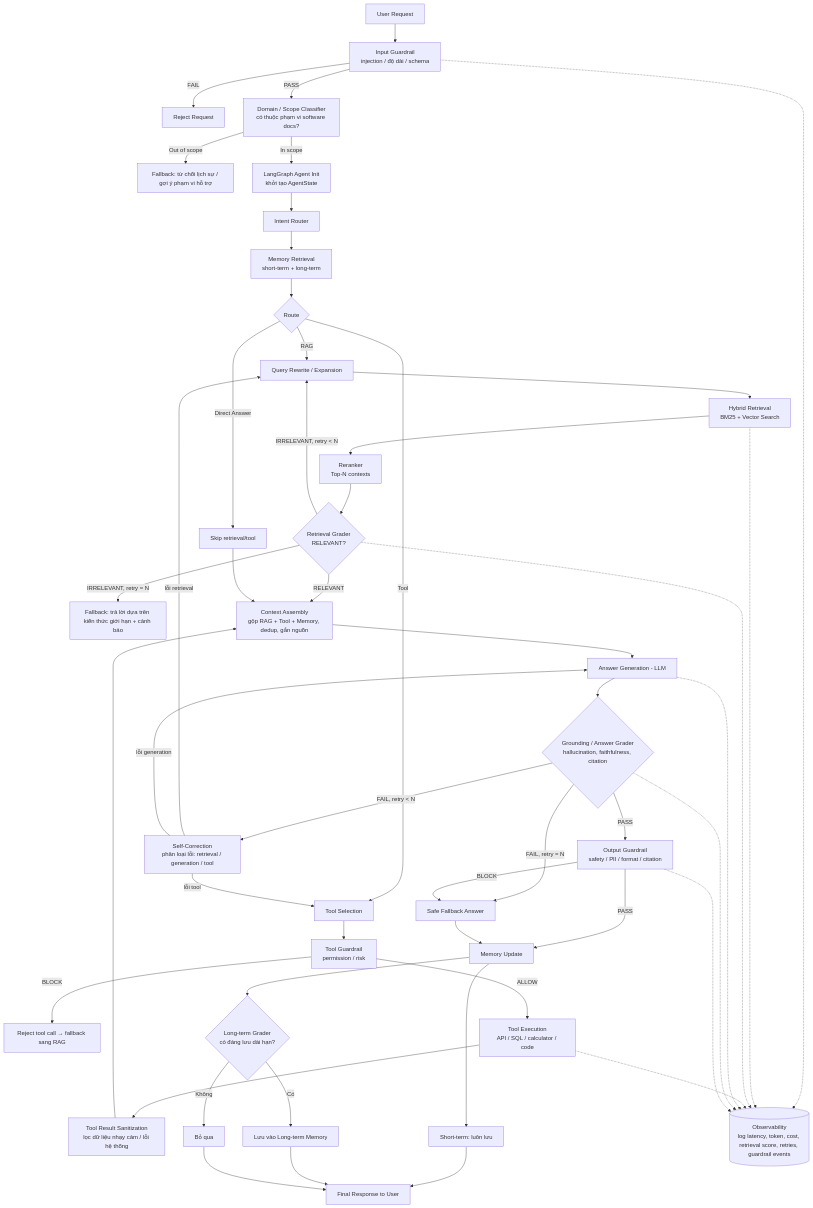
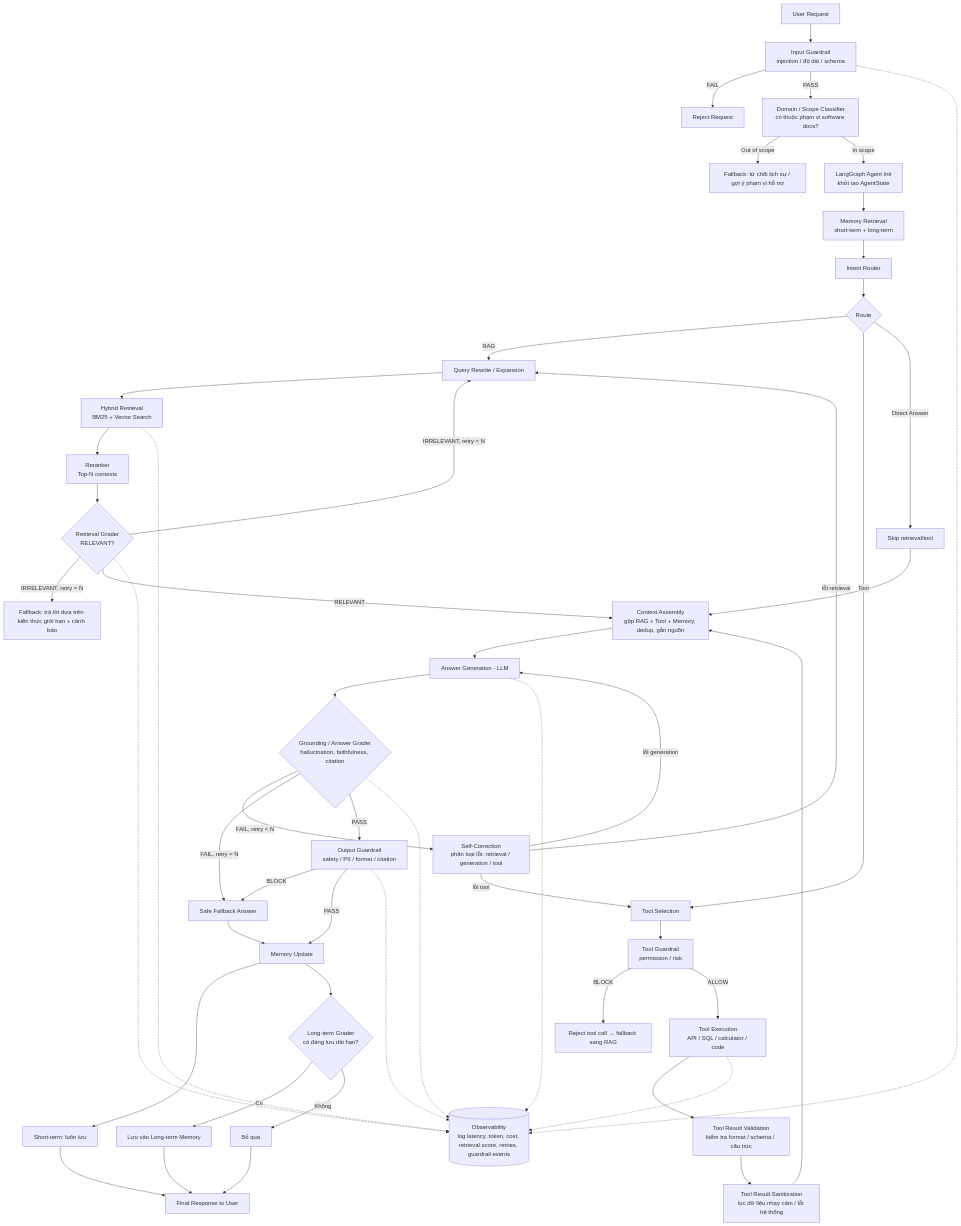
The diagram in docs/agentic_system_workflow.md (deckardLong/software-agentic-rag), drawn with Mermaid before and after one commit.

````diff
--- a/docs/agentic_system_workflow.md
+++ b/docs/agentic_system_workflow.md
@@ -19,66 +19,67 @@
 ```mermaid
 flowchart TD
     A[User Request] --> B[Input Guardrail<br/>injection / độ dài / schema]
     B -->|FAIL| B1[Reject Request]
     B -->|PASS| C[Domain / Scope Classifier<br/>có thuộc phạm vi software docs?]
     C -->|Out of scope| C1[Fallback: từ chối lịch sự / gợi ý phạm vi hỗ trợ]
     C -->|In scope| D[LangGraph Agent Init<br/>khởi tạo AgentState]
 
-    D --> E[Intent Router]
-    E --> F[Memory Retrieval<br/>short-term + long-term]
+    D --> E[Memory Retrieval<br/>short-term + long-term]
+    E --> F[Intent Router]
 
     F --> G{Route}
     G -->|RAG| H1[Query Rewrite / Expansion]
     G -->|Tool| H2[Tool Selection]
     G -->|Direct Answer| H3[Skip retrieval/tool]
 
     %% RAG branch
     H1 --> R1[Hybrid Retrieval<br/>BM25 + Vector Search]
     R1 --> R2[Reranker<br/>Top-N contexts]
     R2 --> R3{Retrieval Grader<br/>RELEVANT?}
     R3 -->|IRRELEVANT, retry < N| H1
     R3 -->|IRRELEVANT, retry = N| R4[Fallback: trả lời dựa trên kiến thức giới hạn + cảnh báo]
     R3 -->|RELEVANT| CTX
 
     %% Tool branch
     H2 --> T1[Tool Guardrail<br/>permission / risk]
     T1 -->|BLOCK| T1B[Reject tool call → fallback sang RAG]
     T1 -->|ALLOW| T2[Tool Execution<br/>API / SQL / calculator / code]
-    T2 --> T3[Tool Result Sanitization<br/>lọc dữ liệu nhạy cảm / lỗi hệ thống]
-    T3 --> CTX
+    T2 --> T3[Tool Result Validation<br/>kiểm tra format / schema / cấu trúc]
+    T3 --> T4[Tool Result Sanitization<br/>lọc dữ liệu nhạy cảm / lỗi hệ thống]
+    T4 --> CTX
 
     H3 --> CTX
 
     CTX[Context Assembly<br/>gộp RAG + Tool + Memory, dedup, gắn nguồn]
     CTX --> GEN[Answer Generation - LLM]
 
     GEN --> GR{Grounding / Answer Grader<br/>hallucination, faithfulness, citation}
     GR -->|FAIL, retry < N| SC[Self-Correction<br/>phân loại lỗi: retrieval / generation / tool]
     SC -->|lỗi retrieval| H1
     SC -->|lỗi tool| H2
     SC -->|lỗi generation| GEN
     GR -->|FAIL, retry = N| SAFE[Safe Fallback Answer]
     GR -->|PASS| OUT[Output Guardrail<br/>safety / PII / format / citation]
 
     OUT -->|BLOCK| SAFE
     OUT -->|PASS| MEM[Memory Update]
     SAFE --> MEM
 
     MEM --> MEM_S[Short-term: luôn lưu]
     MEM --> MEM_L{Long-term Grader<br/>có đáng lưu dài hạn?}
     MEM_L -->|Có| MEM_L1[Lưu vào Long-term Memory]
     MEM_L -->|Không| MEM_L2[Bỏ qua]
 
     MEM_S --> RESP[Final Response to User]
     MEM_L1 --> RESP
     MEM_L2 --> RESP
 
     OBS[(Observability<br/>log latency, token, cost, retrieval score, retries, guardrail events)]
     B -.-> OBS
     R1 -.-> OBS
     R3 -.-> OBS
     T2 -.-> OBS
     GEN -.-> OBS
     GR -.-> OBS
     OUT -.-> OBS
 ```
````
